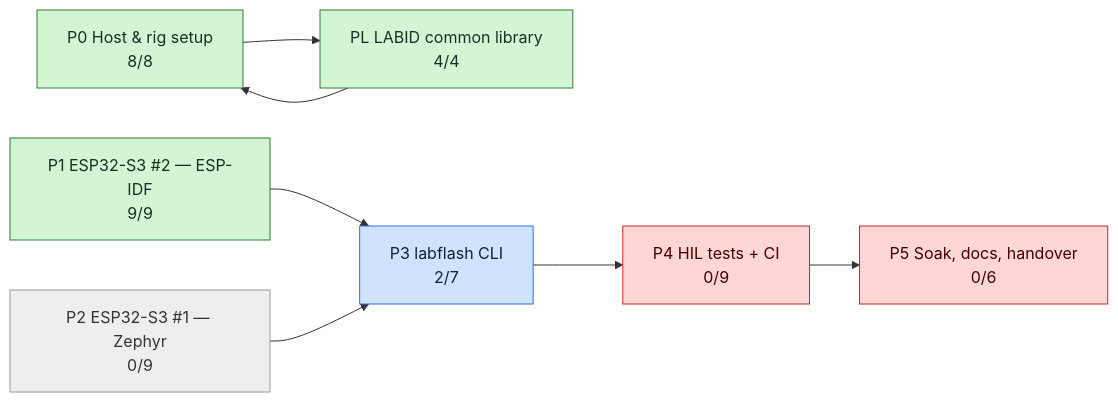
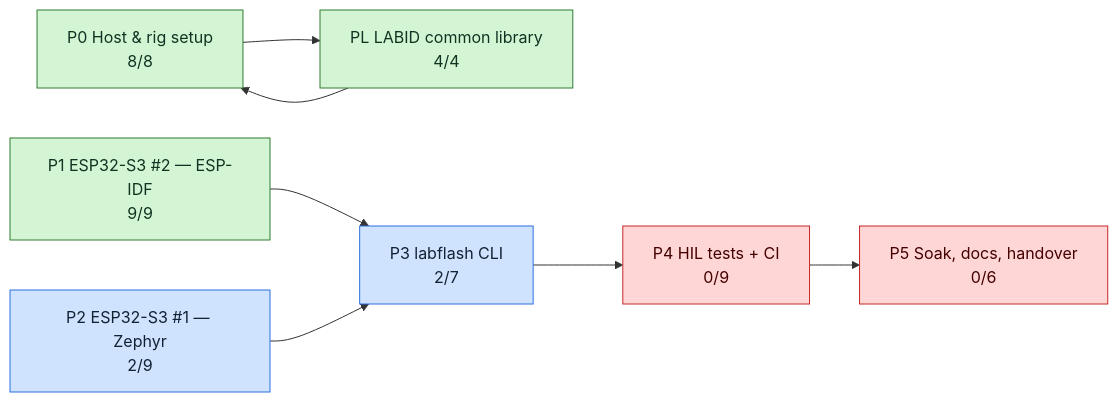
The second of 3 diagrams in tickets/TICKETS.md (mohamed-soubhi/bootlab-esp), drawn with Mermaid before and after one commit. The commit also changed other lines of this file and 10 other files, not shown here.

````diff
--- a/tickets/TICKETS.md
+++ b/tickets/TICKETS.md
@@ -36,20 +36,20 @@
 ```mermaid
 flowchart LR
     E0["P0 Host & rig setup<br/>8/8"]:::done
     EL["PL LABID common library<br/>4/4"]:::done
     E1["P1 ESP32-S3 #2 — ESP-IDF<br/>9/9"]:::done
-    E2["P2 ESP32-S3 #1 — Zephyr<br/>0/9"]:::todo
+    E2["P2 ESP32-S3 #1 — Zephyr<br/>2/9"]:::doing
     E3["P3 labflash CLI<br/>2/7"]:::doing
     E4["P4 HIL tests + CI<br/>0/9"]:::blocked
     E5["P5 Soak, docs, handover<br/>0/6"]:::blocked
     E0 --> EL
     E1 --> E3
     E2 --> E3
     E3 --> E4
     E4 --> E5
     EL --> E0
     classDef todo fill:#eeeeee,stroke:#999,color:#333
     classDef doing fill:#cfe3ff,stroke:#2f6fdb,color:#123
     classDef blocked fill:#ffd6d6,stroke:#c62828,color:#400
     classDef done fill:#d4f5d4,stroke:#2e7d32,color:#132
 ```
````
